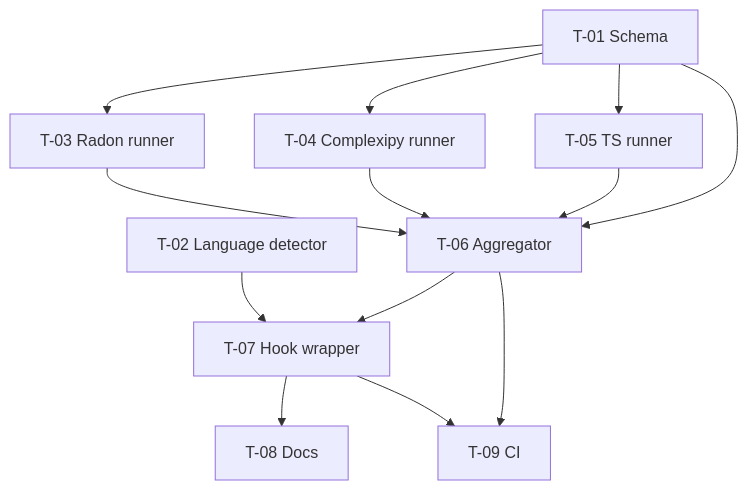
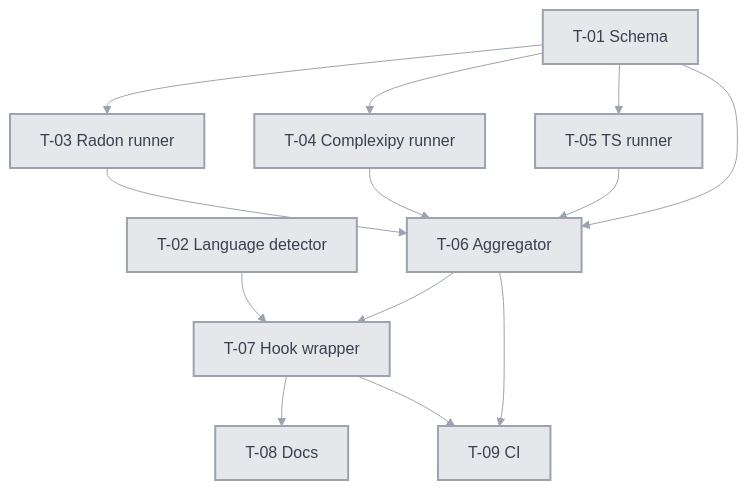
The diagram in TICKET_GRAPH.mermaid (hesreallyhim/antipasta), drawn with Mermaid before and after one commit. The commit also changed 2 other files, not shown here.

```diff
--- a/TICKET_GRAPH.mermaid
+++ b/TICKET_GRAPH.mermaid
@@ -1,23 +1,45 @@
 graph TD
-  T01["T-01 Schema"]
-  T02["T-02 Language detector"]
-  T03["T-03 Radon runner"]
-  T04["T-04 Complexipy runner"]
-  T05["T-05 TS runner"]
-  T06["T-06 Aggregator"]
-  T07["T-07 Hook wrapper"]
-  T08["T-08 Docs"]
-  T09["T-09 CI"]
+  %%{init: {
+    'theme': 'base',
+    'themeVariables': {
+      'primaryColor': '#E5E7EB',
+      'primaryTextColor': '#6B7280',
+      'primaryBorderColor': '#D1D5DB',
+      'lineColor': '#9CA3AF',
+      'secondaryColor': '#3B82F6',
+      'tertiaryColor': '#10B981',
+      'background': '#FFFFFF',
+      'mainBkg': '#FFFFFF',
+      'secondBkg': '#F9FAFB',
+      'tertiaryBkg': '#F3F4F6'
+    }
+  }}%%
 
+  classDef notStarted fill:#E5E7EB,stroke:#9CA3AF,stroke-width:2px,color:#374151
+  classDef inProgress fill:#3B82F6,stroke:#2563EB,stroke-width:2px,color:#FFFFFF
+  classDef complete fill:#10B981,stroke:#059669,stroke-width:2px,color:#FFFFFF
+  classDef blocked fill:#EF4444,stroke:#DC2626,stroke-width:2px,color:#FFFFFF
+  classDef needsReview fill:#F59E0B,stroke:#D97706,stroke-width:2px,color:#FFFFFF
+  classDef wontDo fill:#6B7280,stroke:#4B5563,stroke-width:2px,color:#FFFFFF
+
+  T01["T-01 Schema"]:::notStarted
+  T02["T-02 Language detector"]:::notStarted
+  T03["T-03 Radon runner"]:::notStarted
+  T04["T-04 Complexipy runner"]:::notStarted
+  T05["T-05 TS runner"]:::notStarted
+  T06["T-06 Aggregator"]:::notStarted
+  T07["T-07 Hook wrapper"]:::notStarted
+  T08["T-08 Docs"]:::notStarted
+  T09["T-09 CI"]:::notStarted
   T01 --> T03
   T01 --> T04
   T01 --> T05
   T01 --> T06
   T02 --> T07
   T03 --> T06
   T04 --> T06
   T05 --> T06
   T06 --> T07
   T07 --> T08
   T06 --> T09
   T07 --> T09
```
